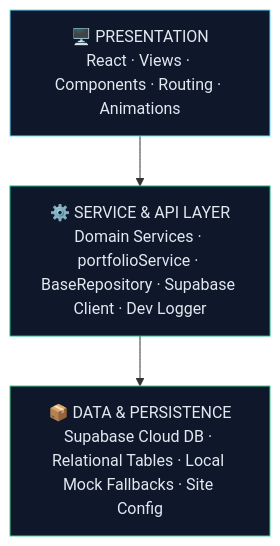
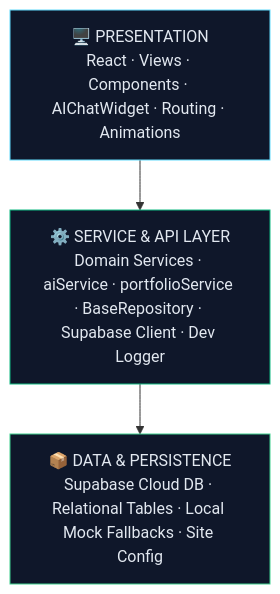
One commit to Haiderali445/portfolio-website changed the first of 19 diagrams in README.md. Above: the diagram before and after it, drawn with Mermaid. The commit also changed other lines of this file and 9 other files, not shown here.

````diff
--- a/README.md
+++ b/README.md
@@ -61,12 +65,12 @@
 ```mermaid
 flowchart TD
-    P["🖥️ PRESENTATION\nReact · Views · Components · Routing · Animations"]
-    S["⚙️ SERVICE & API LAYER\nDomain Services · portfolioService · BaseRepository · Supabase Client · Dev Logger"]
+    P["🖥️ PRESENTATION\nReact · Views · Components · AIChatWidget · Routing · Animations"]
+    S["⚙️ SERVICE & API LAYER\nDomain Services · aiService · portfolioService · BaseRepository · Supabase Client · Dev Logger"]
     D["📦 DATA & PERSISTENCE\nSupabase Cloud DB · Relational Tables · Local Mock Fallbacks · Site Config"]
 
     P --> S --> D
 
     style P fill:#0f172a,stroke:#61DAFB,color:#e2e8f0
     style S fill:#0f172a,stroke:#10B981,color:#e2e8f0
     style D fill:#0f172a,stroke:#3ECF8E,color:#e2e8f0
 ```
````
